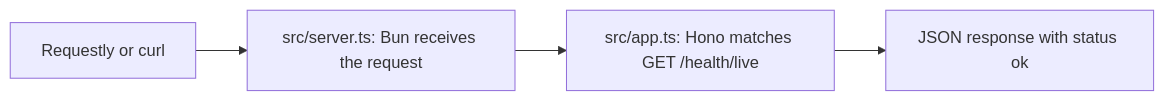
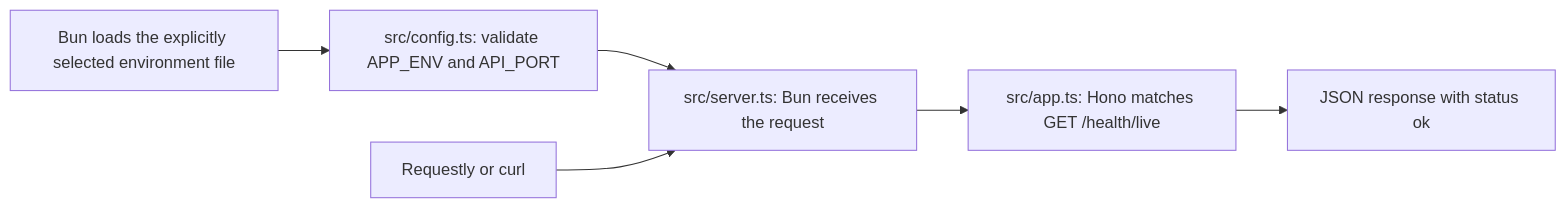
Before and after one commit to jaminwebdev/hono-drizzle-api: the diagram in README.md, drawn with Mermaid. The commit also changed other lines of this file and 8 other files, not shown here.

````diff
--- a/README.md
+++ b/README.md
@@ -46,6 +59,8 @@
 ```mermaid
 flowchart LR
+    Bun["Bun loads the explicitly selected environment file"] --> Config["src/config.ts: validate APP_ENV and API_PORT"]
+    Config --> Server
     Client[Requestly or curl] --> Server["src/server.ts: Bun receives the request"]
     Server --> App["src/app.ts: Hono matches GET /health/live"]
     App --> Response["JSON response with status ok"]
 ```
````
